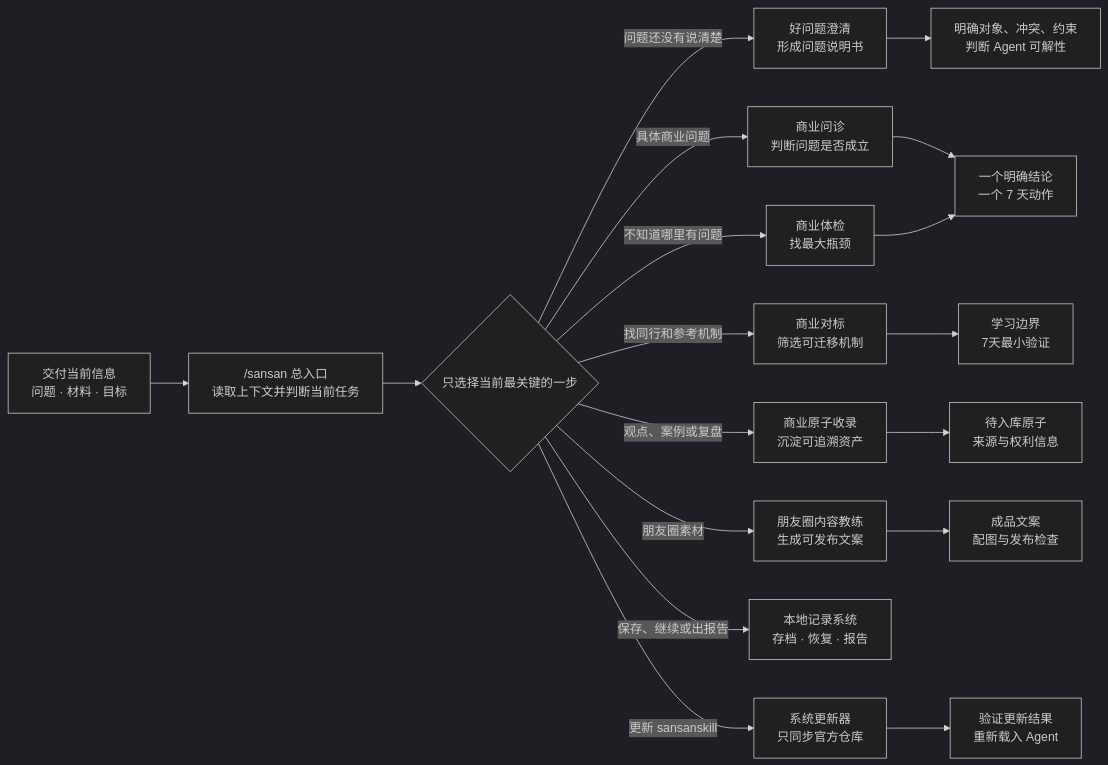
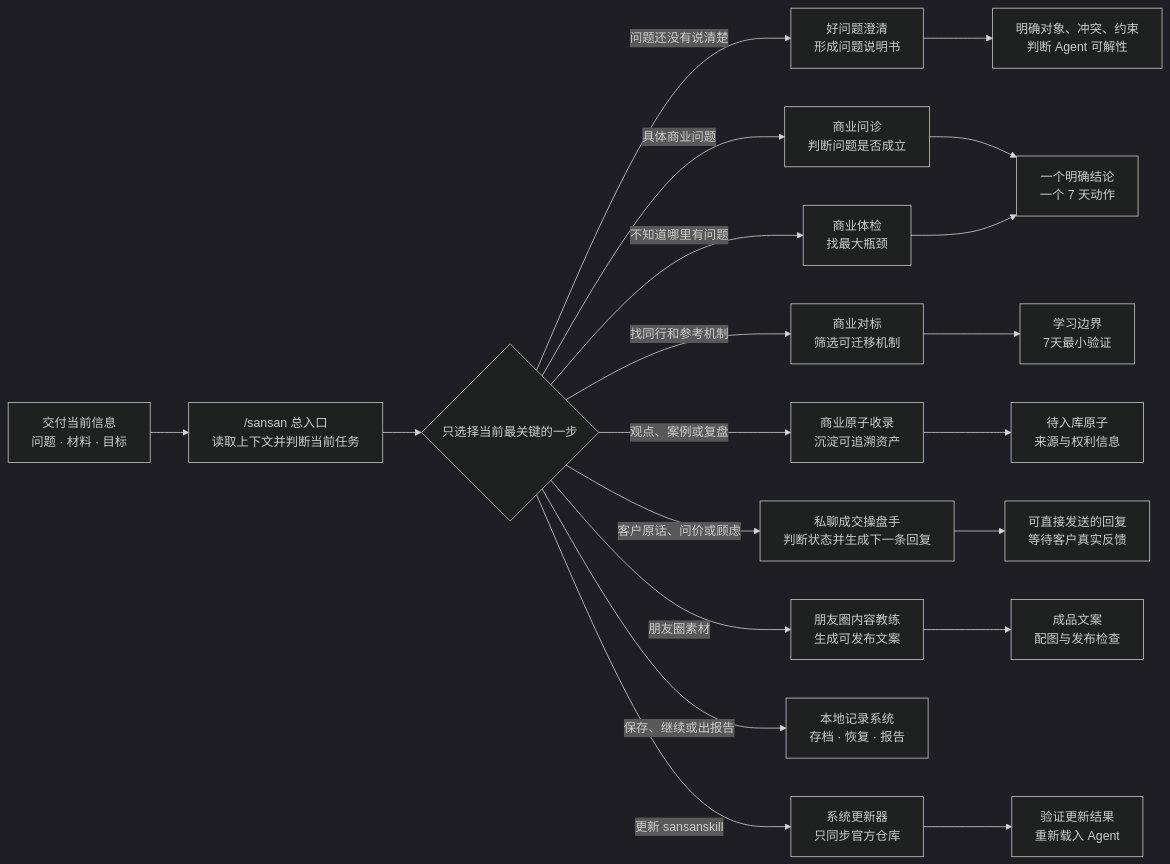
The diagram in README.md (sansan19900801/sansanskill), drawn with Mermaid (dark theme) before and after one commit. The commit also changed other lines of this file and 5 other files, not shown here.

````diff
--- a/README.md
+++ b/README.md
@@ -19,20 +19,22 @@
 ```mermaid
 flowchart LR
     A["交付当前信息<br/>问题 · 材料 · 目标"] --> B["/sansan 总入口<br/>读取上下文并判断当前任务"]
     B --> C{"只选择当前最关键的一步"}
     C -->|问题还没有说清楚| P["好问题澄清<br/>形成问题说明书"]
     C -->|具体商业问题| D["商业问诊<br/>判断问题是否成立"]
     C -->|不知道哪里有问题| E["商业体检<br/>找最大瓶颈"]
     C -->|找同行和参考机制| N["商业对标<br/>筛选可迁移机制"]
     C -->|观点、案例或复盘| F["商业原子收录<br/>沉淀可追溯资产"]
+    C -->|客户原话、问价或顾虑| S["私聊成交操盘手<br/>判断状态并生成下一条回复"]
     C -->|朋友圈素材| G["朋友圈内容教练<br/>生成可发布文案"]
     C -->|保存、继续或出报告| M["本地记录系统<br/>存档 · 恢复 · 报告"]
     C -->|更新 sansanskill| K["系统更新器<br/>只同步官方仓库"]
     D --> H["一个明确结论<br/>一个 7 天动作"]
     E --> H
     N --> O["学习边界<br/>7天最小验证"]
     F --> I["待入库原子<br/>来源与权利信息"]
+    S --> R["可直接发送的回复<br/>等待客户真实反馈"]
     G --> J["成品文案<br/>配图与发布检查"]
     K --> L["验证更新结果<br/>重新载入 Agent"]
     P --> Q["明确对象、冲突、约束<br/>判断 Agent 可解性"]
 ```
````
